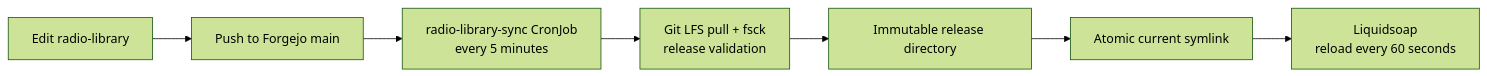
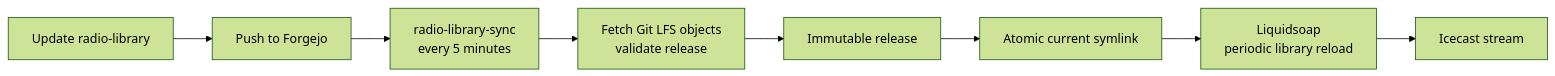
Before and after one commit to calico88x/lovelace-cluster: the third of 3 diagrams in README.md, drawn with Mermaid (forest theme). The commit also changed other lines of this file, not shown here.

Commit message:
docs: refresh Lovelace architecture and workload inventory

````diff
--- a/README.md
+++ b/README.md
@@ -98,9 +128,10 @@
 ```mermaid
 flowchart LR
-    edit["Edit radio-library"] --> push["Push to Forgejo main"]
-    push --> cron["radio-library-sync CronJob<br/>every 5 minutes"]
-    cron --> validate["Git LFS pull + fsck<br/>release validation"]
-    validate --> release["Immutable release directory"]
-    release --> current["Atomic current symlink"]
-    current --> liquidsoap["Liquidsoap<br/>reload every 60 seconds"]
+    edit["Update radio-library"] --> forgejo["Push to Forgejo"]
+    forgejo --> sync["radio-library-sync<br/>every 5 minutes"]
+    sync --> verify["Fetch Git LFS objects<br/>validate release"]
+    verify --> publish["Immutable release"]
+    publish --> current["Atomic current symlink"]
+    current --> liquidsoap["Liquidsoap<br/>periodic library reload"]
+    liquidsoap --> icecast["Icecast stream"]
 ```
````
